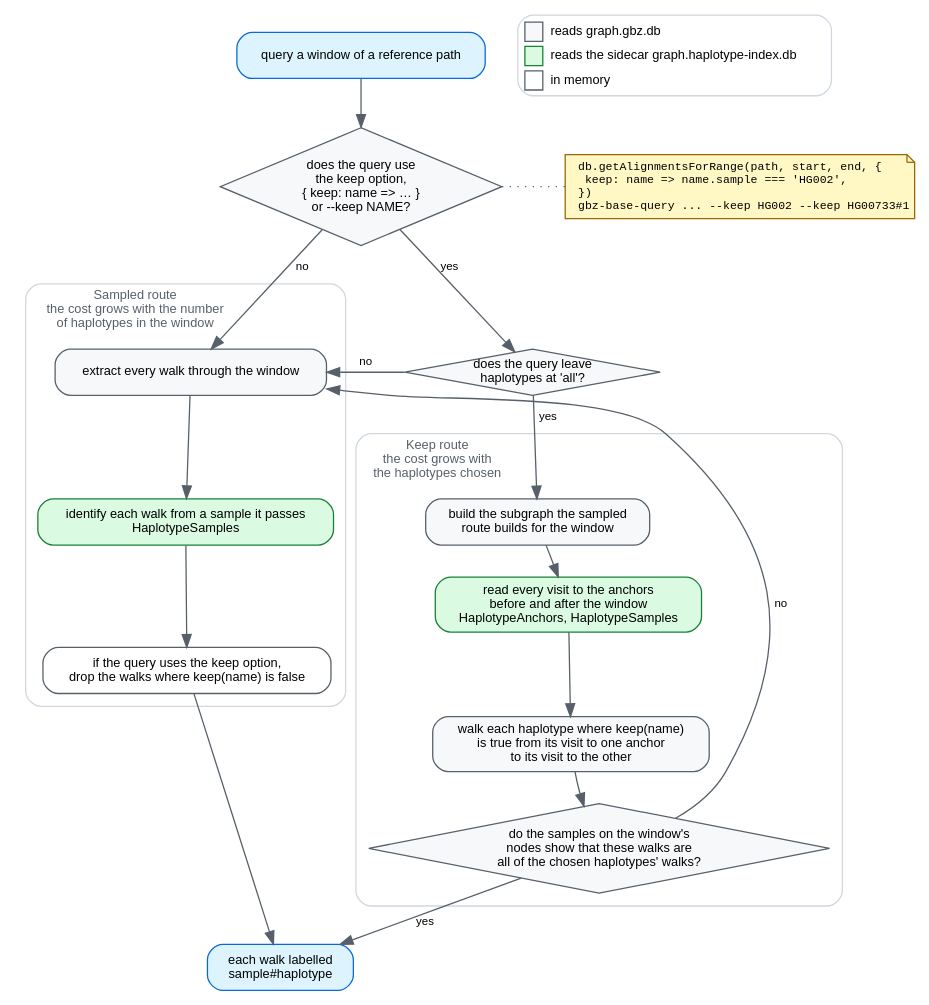
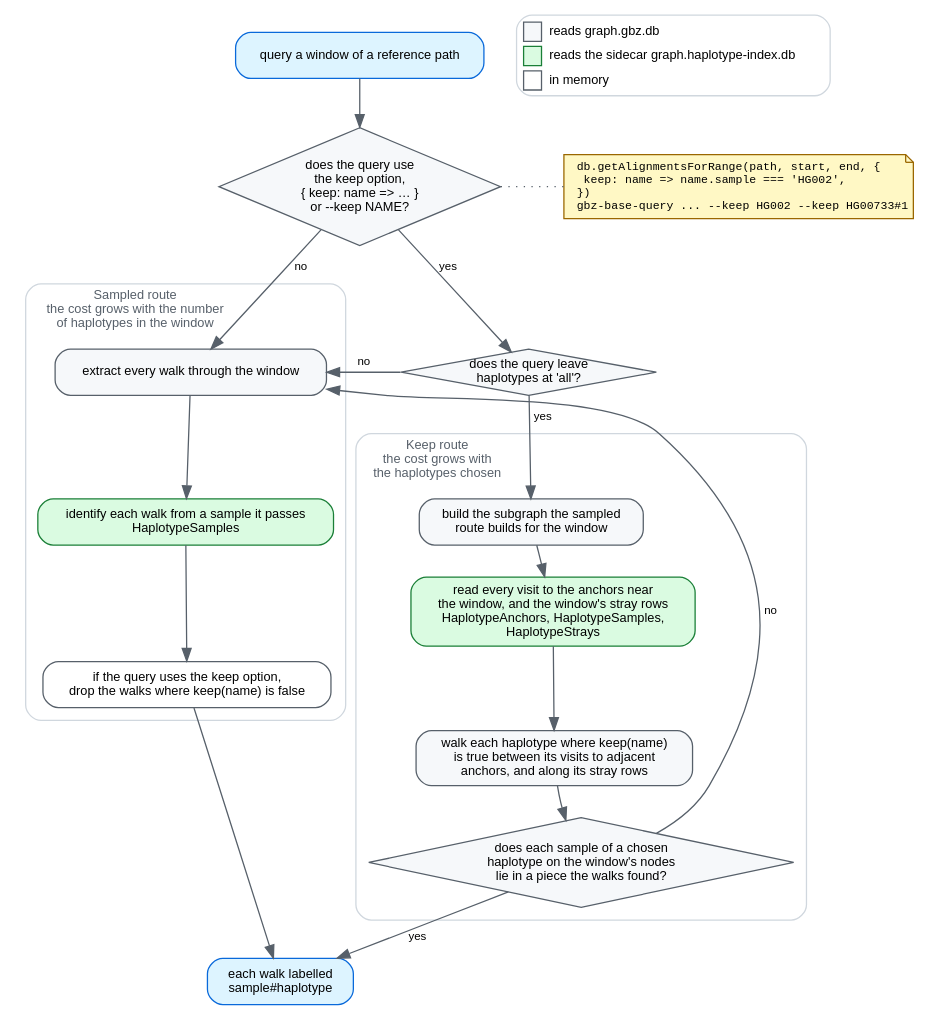
One commit to GMOD/gbz-base-js changed the diagram in docs/img/naming-routes.dot. Above: the diagram before and after it, drawn with Graphviz. The commit also changed 10 other files, not shown here.

First line of the commit message:
Store stray rows WITHOUT ROWID, route diagram for the stray route, --stats line

```diff
--- a/docs/img/naming-routes.dot
+++ b/docs/img/naming-routes.dot
@@ -1,76 +1,76 @@
 // Source for docs/img/naming-routes.svg, which docs/haplotype-index.md embeds.
 // Regenerate with: dot -Tsvg docs/img/naming-routes.dot -o docs/img/naming-routes.svg
 // Palette matches dataflow.dot.
 //
 // Main paths only. The keep route's checks are one decision node here, and
 // haplotype-index.md lists them.
 digraph namingroutes {
   rankdir=TB
   bgcolor="white"
   nodesep=0.35
   ranksep=0.32
   newrank=true
   node [shape=box style="filled,rounded" fillcolor="#f6f8fa" color="#57606a"
         fontname="Helvetica" fontsize=10 margin="0.14,0.07"]
   edge [color="#57606a" fontname="Helvetica" fontsize=9]
 
   query  [label="query a window of a reference path" fillcolor="#ddf4ff" color="#0969da"]
   choose [label="does the query use\nthe keep option,\n{ keep: name => … }\nor --keep NAME?" shape=diamond style=filled margin="0.02,0.02"]
   anchors [label="does the query leave\nhaplotypes at 'all'?" shape=diamond style=filled margin="0.02,0.02"]
   how    [label="db.getAlignmentsForRange(path, start, end, {\l  keep: name => name.sample === 'HG002',\l})\lgbz-base-query ... --keep HG002 --keep HG00733#1\l"
           shape=note fontname="Courier" fontsize=9 fillcolor="#fff8c5" color="#9a6700"]
   { rank=same; choose; how }
   choose -> how [style=dotted arrowhead=none]
   out    [label="each walk labelled\nsample#haplotype" fillcolor="#ddf4ff" color="#0969da"]
 
   legend [shape=plaintext style="" margin=0 label=<
     <table border="1" color="#d0d7de" cellborder="0" cellspacing="4" cellpadding="2" style="rounded">
       <tr><td border="1" bgcolor="#f6f8fa" color="#57606a" width="14"></td><td align="left">reads graph.gbz.db</td></tr>
       <tr><td border="1" bgcolor="#dafbe1" color="#1a7f37" width="14"></td><td align="left">reads the sidecar graph.haplotype-index.db</td></tr>
       <tr><td border="1" bgcolor="white" color="#57606a" width="14"></td><td align="left">in memory</td></tr>
     </table>>]
   { rank=same; query; legend }
 
   query -> choose
 
   subgraph cluster_sampled {
     label="Sampled route\nthe cost grows with the number\nof haplotypes in the window"
     labelloc="t"
     labeljust="l"
     fontname="Helvetica"
     fontsize=10
     fontcolor="#57606a"
     color="#d0d7de"
     style="rounded"
     margin=10
     s1 [label="extract every walk through the window"]
     s2 [label="identify each walk from a sample it passes\nHaplotypeSamples" fillcolor="#dafbe1" color="#1a7f37"]
     s3 [label="if the query uses the keep option,\ndrop the walks where keep(name) is false" fillcolor="white"]
     s1 -> s2 -> s3
   }
 
   subgraph cluster_keep {
     label="Keep route\nthe cost grows with\nthe haplotypes chosen"
     labelloc="t"
     labeljust="l"
     fontname="Helvetica"
     fontsize=10
     fontcolor="#57606a"
     color="#d0d7de"
     style="rounded"
     margin=10
     k1 [label="build the subgraph the sampled\nroute builds for the window"]
-    k2 [label="read every visit to the anchors\nbefore and after the window\nHaplotypeAnchors, HaplotypeSamples" fillcolor="#dafbe1" color="#1a7f37"]
-    k3 [label="walk each haplotype where keep(name)\nis true from its visit to one anchor\nto its visit to the other"]
-    k4 [label="do the samples on the window's\nnodes show that these walks are\nall of the chosen haplotypes' walks?" shape=diamond style=filled margin="0.02,0.02"]
+    k2 [label="read every visit to the anchors near\nthe window, and the window's stray rows\nHaplotypeAnchors, HaplotypeSamples,\nHaplotypeStrays" fillcolor="#dafbe1" color="#1a7f37"]
+    k3 [label="walk each haplotype where keep(name)\nis true between its visits to adjacent\nanchors, and along its stray rows"]
+    k4 [label="does each sample of a chosen\nhaplotype on the window's nodes\nlie in a piece the walks found?" shape=diamond style=filled margin="0.02,0.02"]
     k1 -> k2 -> k3 -> k4
   }
 
   choose -> s1 [label=" no "]
   choose -> anchors [label=" yes "]
   anchors -> s1 [label=" no " constraint=false]
   anchors -> k1 [label=" yes "]
   k4 -> s1 [label=" no " constraint=false]
   s3 -> out
   k4 -> out [label=" yes "]
 }
```
